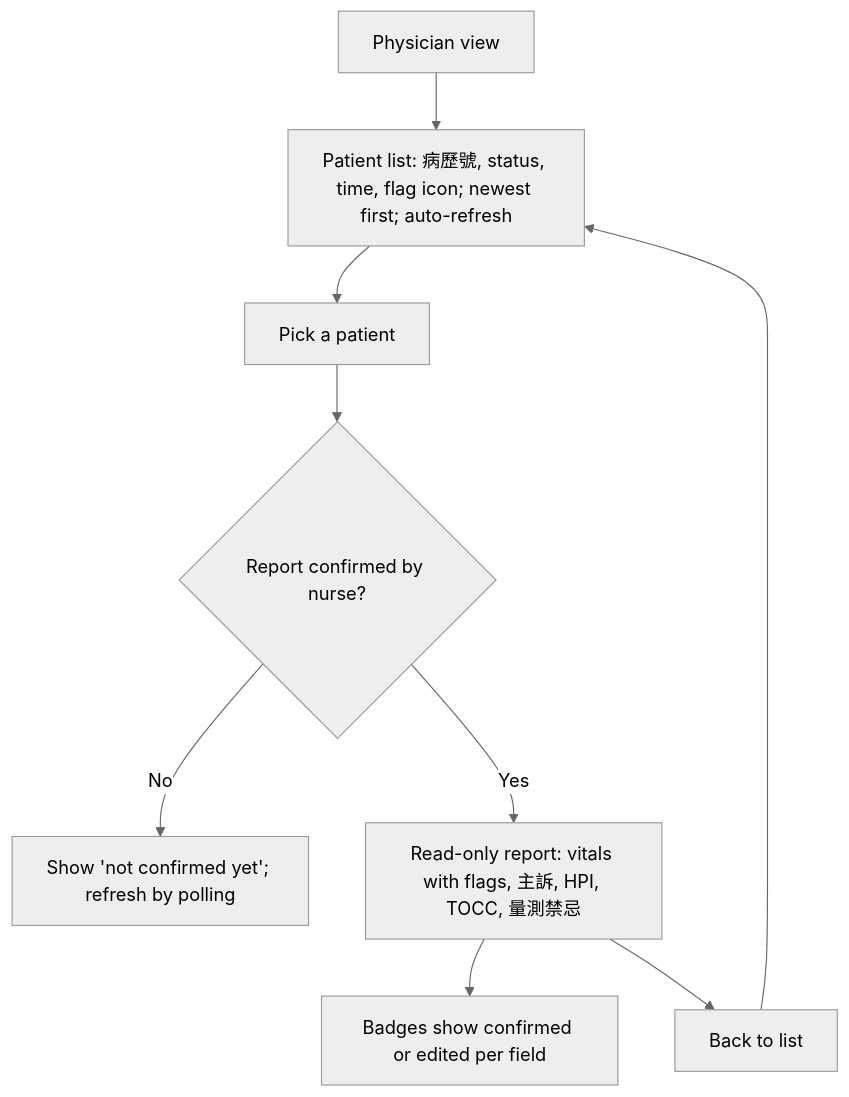
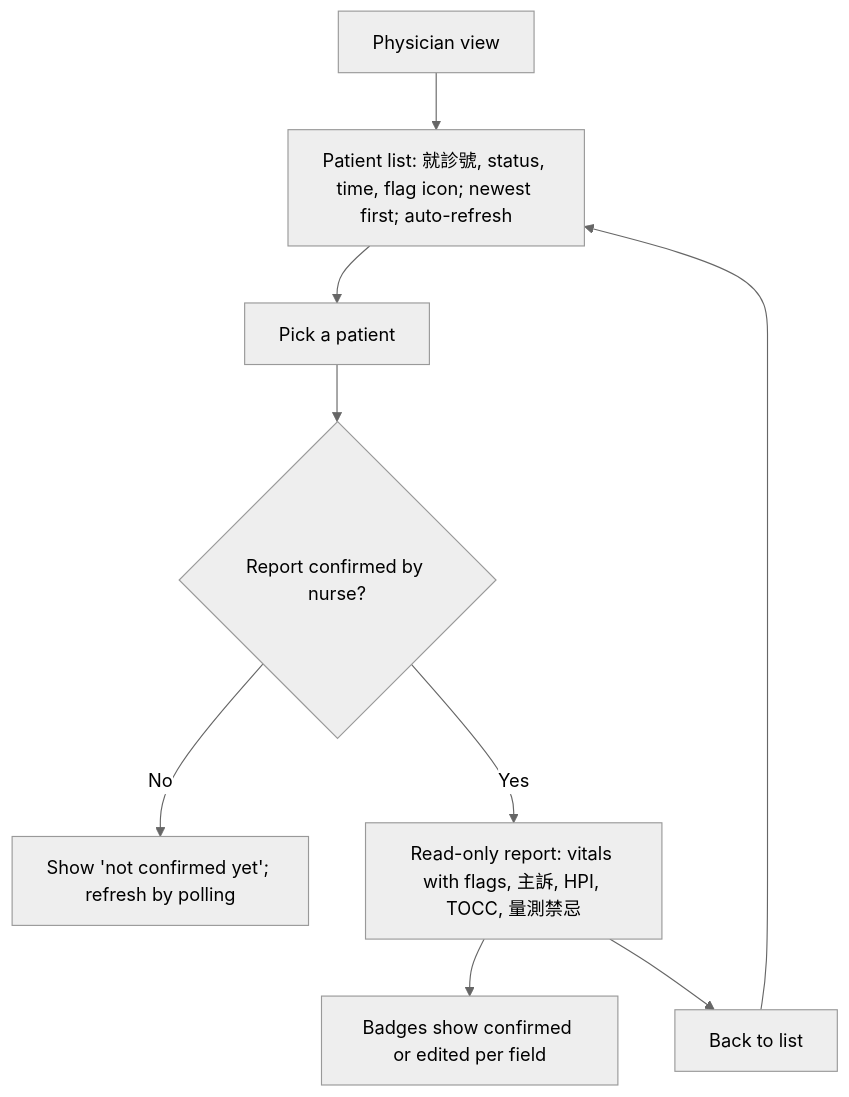
The fifth of 6 diagrams in docs/frontend/USER_FLOW.md (hwupu/115A-535527-AIDLC-Final), drawn with Mermaid (neutral theme) before and after one commit. The commit also changed other lines of this file and 8 other files, not shown here.

First line of the commit message:
fix: rename 病歷號 to 就診號 (visit_no) and apply PO review decisions (#20)

````diff
--- a/docs/frontend/USER_FLOW.md
+++ b/docs/frontend/USER_FLOW.md
@@ -90,11 +90,11 @@
 ```mermaid
 flowchart TD
-    D[Physician view] --> L[Patient list: 病歷號, status, time, flag icon; newest first; auto-refresh]
+    D[Physician view] --> L[Patient list: 就診號, status, time, flag icon; newest first; auto-refresh]
     L --> PK[Pick a patient]
     PK --> Q{Report confirmed by nurse?}
     Q -->|No| W[Show 'not confirmed yet'; refresh by polling]
     Q -->|Yes| RPT[Read-only report: vitals with flags, 主訴, HPI, TOCC, 量測禁忌]
     RPT --> BD[Badges show confirmed or edited per field]
     RPT --> BK[Back to list]
     BK --> L
 ```
````
